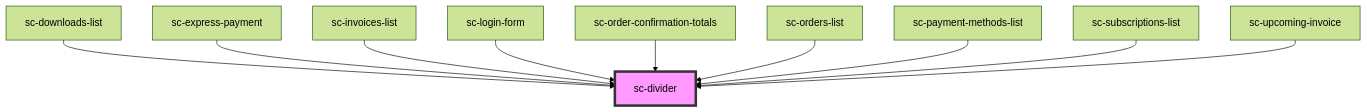
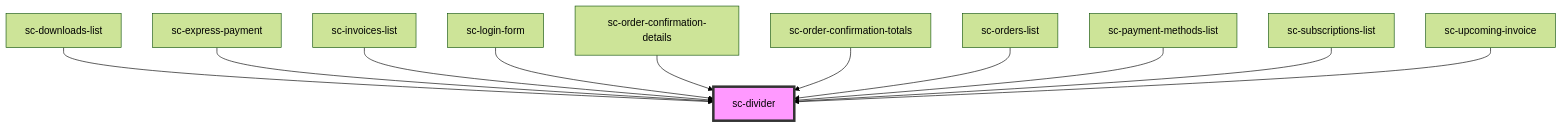
One commit to surecart/surecart-wp-plugin changed the diagram in packages/components/src/components/ui/divider/readme.md. Above: the diagram before and after it, drawn with Mermaid (forest theme). The commit also changed other lines of this file and 15 other files, not shown here.

Commit message:
Better loading state for order confirmation details.

````diff
--- a/packages/components/src/components/ui/divider/readme.md
+++ b/packages/components/src/components/ui/divider/readme.md
@@ -32,13 +33,14 @@
 ```mermaid
 graph TD;
   sc-downloads-list --> sc-divider
   sc-express-payment --> sc-divider
   sc-invoices-list --> sc-divider
   sc-login-form --> sc-divider
+  sc-order-confirmation-details --> sc-divider
   sc-order-confirmation-totals --> sc-divider
   sc-orders-list --> sc-divider
   sc-payment-methods-list --> sc-divider
   sc-subscriptions-list --> sc-divider
   sc-upcoming-invoice --> sc-divider
   style sc-divider fill:#f9f,stroke:#333,stroke-width:4px
 ```
````
